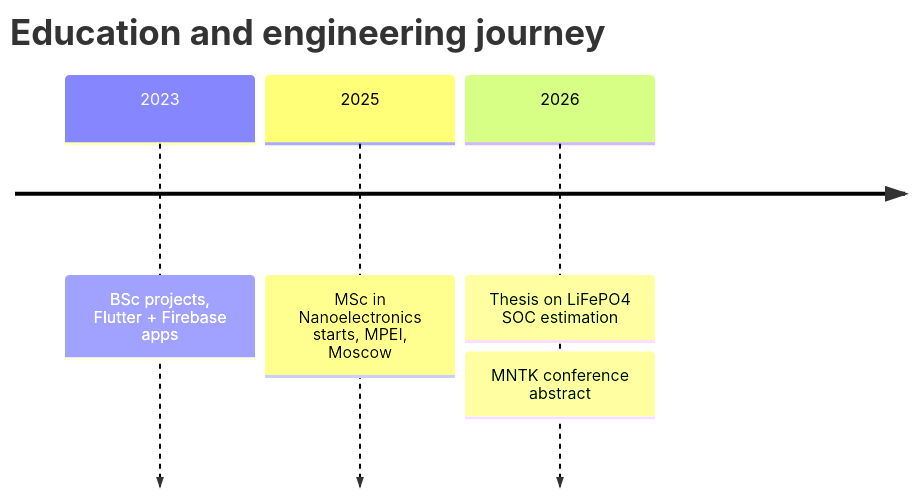
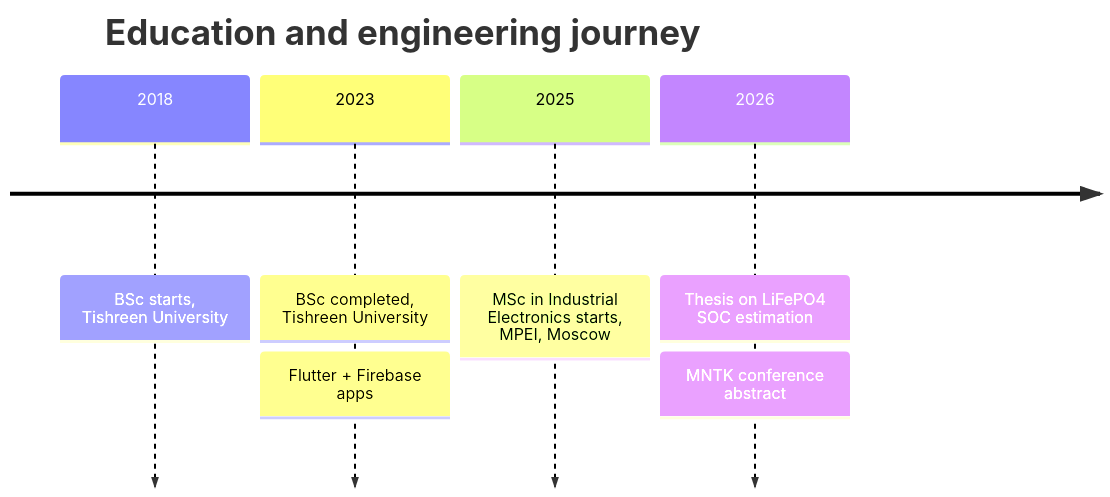
Before and after one commit to aesberali-boop/aesberali-boop: the diagram in README.md, drawn with Mermaid. The commit also changed other lines of this file, not shown here.

Commit message:
Correct degree names: Industrial Electronics (MPEI), Automatic Control and Computer Engineering (Tishreen)

````diff
--- a/README.md
+++ b/README.md
@@ -59,7 +59,8 @@
 ```mermaid
 timeline
     title Education and engineering journey
-    2023 : BSc projects, Flutter + Firebase apps
-    2025 : MSc in Nanoelectronics starts, MPEI, Moscow
+    2018 : BSc starts, Tishreen University
+    2023 : BSc completed, Tishreen University : Flutter + Firebase apps
+    2025 : MSc in Industrial Electronics starts, MPEI, Moscow
     2026 : Thesis on LiFePO4 SOC estimation : MNTK conference abstract
 ```
````
